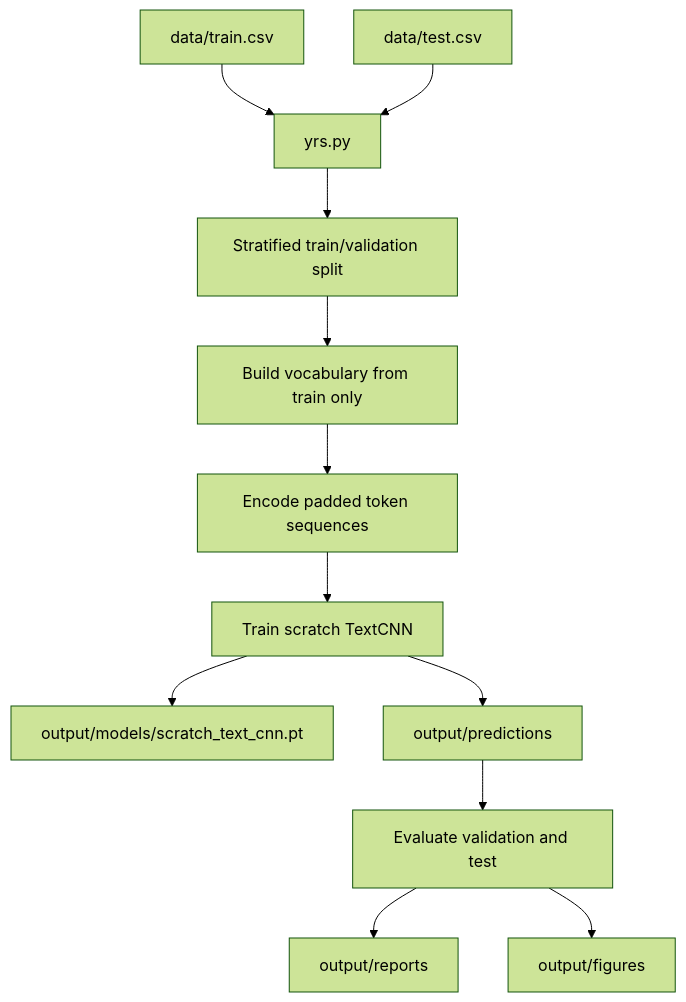
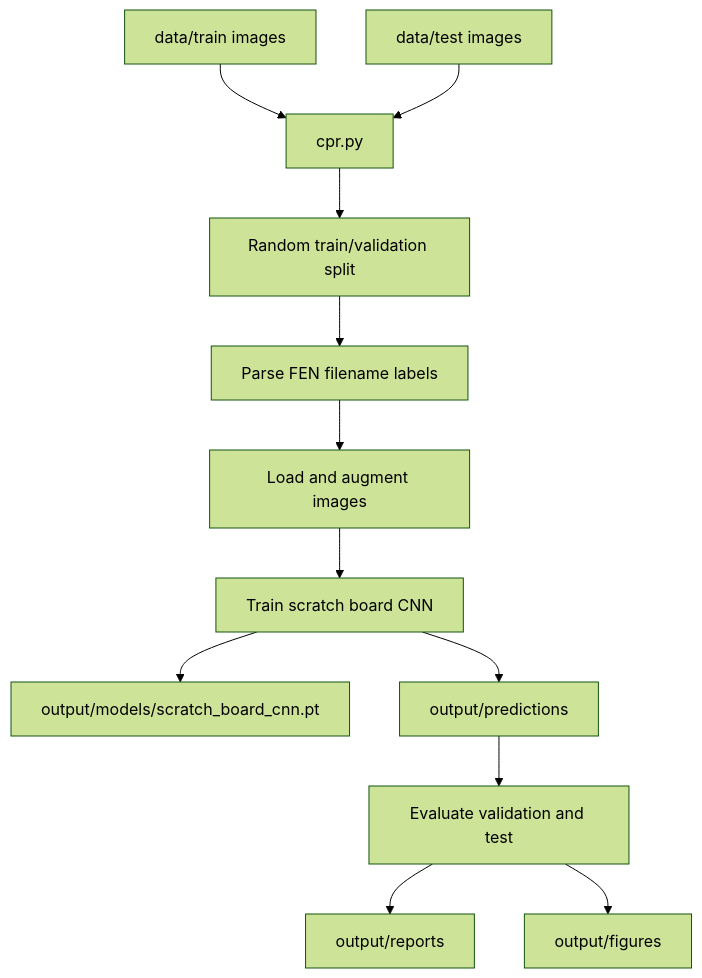
Before and after one commit to oguzhanozkaya/chess-position-recognition: the first of 3 diagrams in docs/architecture.md, drawn with Mermaid (forest theme). The commit also changed other lines of this file and 13 other files, not shown here.

Commit message:
feat: chess board cnn

````diff
--- a/docs/architecture.md
+++ b/docs/architecture.md
@@ -31,14 +31,14 @@
 ```mermaid
 flowchart TD
-    A[data/train.csv] --> B[yrs.py]
-    C[data/test.csv] --> B
-    B --> D[Stratified train/validation split]
-    D --> E[Build vocabulary from train only]
-    E --> F[Encode padded token sequences]
-    F --> G[Train scratch TextCNN]
-    G --> H[output/models/scratch_text_cnn.pt]
+    A[data/train images] --> B[cpr.py]
+    C[data/test images] --> B
+    B --> D[Random train/validation split]
+    D --> E[Parse FEN filename labels]
+    E --> F[Load and augment images]
+    F --> G[Train scratch board CNN]
+    G --> H[output/models/scratch_board_cnn.pt]
     G --> I[output/predictions]
     I --> J[Evaluate validation and test]
     J --> K[output/reports]
     J --> L[output/figures]
 ```
````
